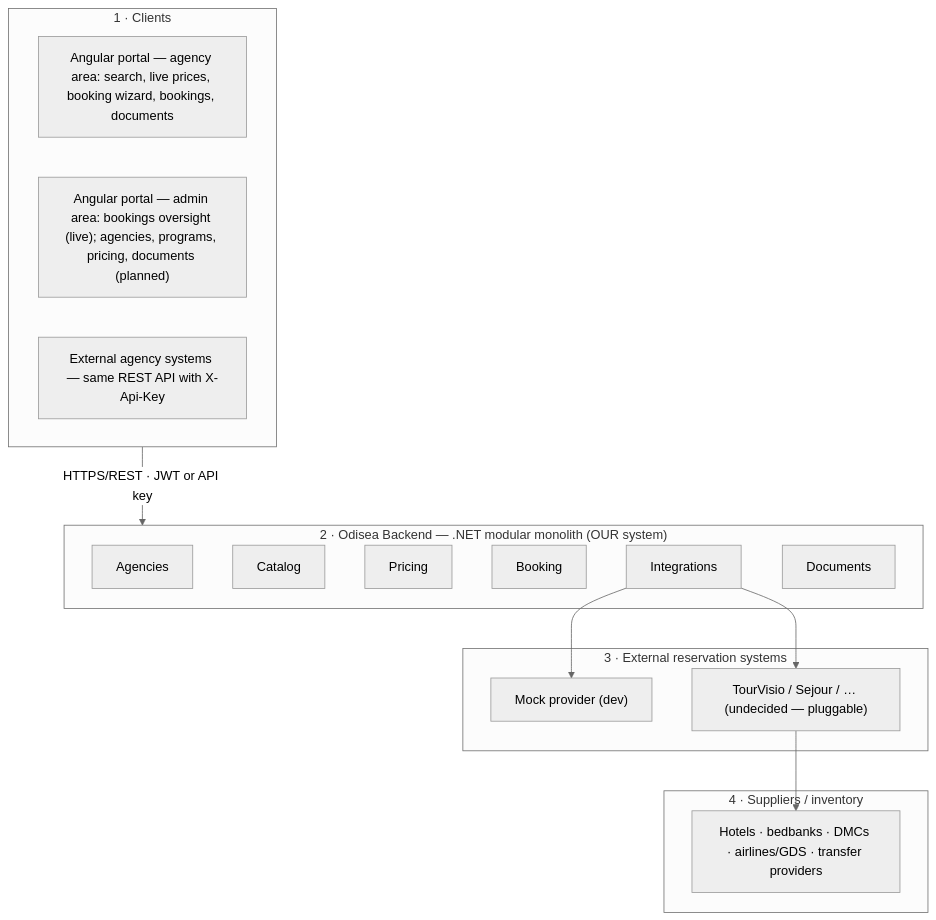
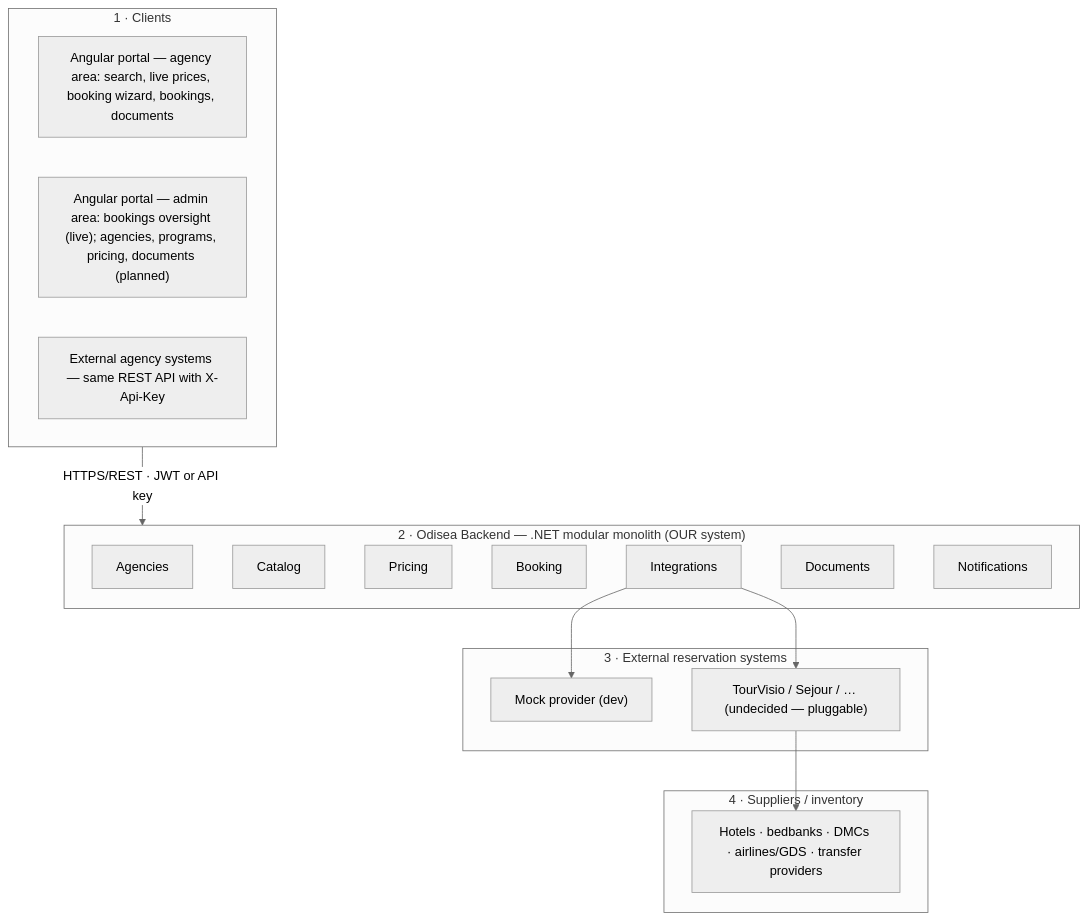
One commit to odisea-network/odisea changed the diagram in docs/ARCHITECTURE.md. Above: the diagram before and after it, drawn with Mermaid (neutral theme). The commit also changed other lines of this file and 31 other files, not shown here.

````diff
--- a/docs/ARCHITECTURE.md
+++ b/docs/ARCHITECTURE.md
@@ -11,27 +11,28 @@
 ```mermaid
 flowchart TB
     subgraph T1["1 · Clients"]
         agency["Angular portal — agency area: search, live prices, booking wizard, bookings, documents"]
         admin["Angular portal — admin area: bookings oversight (live); agencies, programs, pricing, documents (planned)"]
         partner["External agency systems — same REST API with X-Api-Key"]
     end
     subgraph T2["2 · Odisea Backend — .NET modular monolith (OUR system)"]
         AG[Agencies]
         CAT[Catalog]
         PRC[Pricing]
         BKG[Booking]
         INT[Integrations]
         DOC[Documents]
+        NTF[Notifications]
     end
     subgraph T3["3 · External reservation systems"]
         MOCK["Mock provider (dev)"]
         TV["TourVisio / Sejour / … (undecided — pluggable)"]
     end
     subgraph T4["4 · Suppliers / inventory"]
         SUP["Hotels · bedbanks · DMCs · airlines/GDS · transfer providers"]
     end
     T1 -->|HTTPS/REST · JWT or API key| T2
     INT --> MOCK
     INT --> TV
     TV --> SUP
 ```
````
